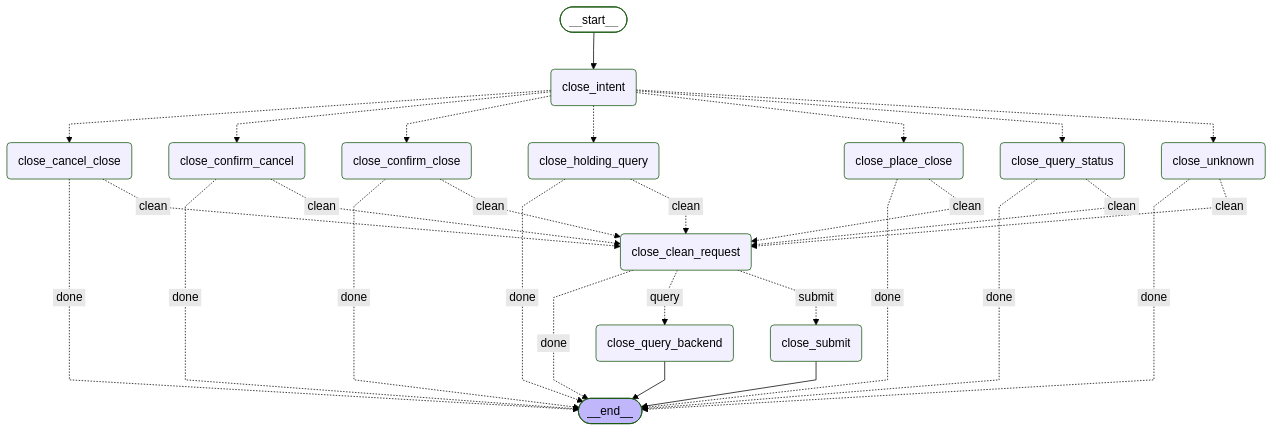
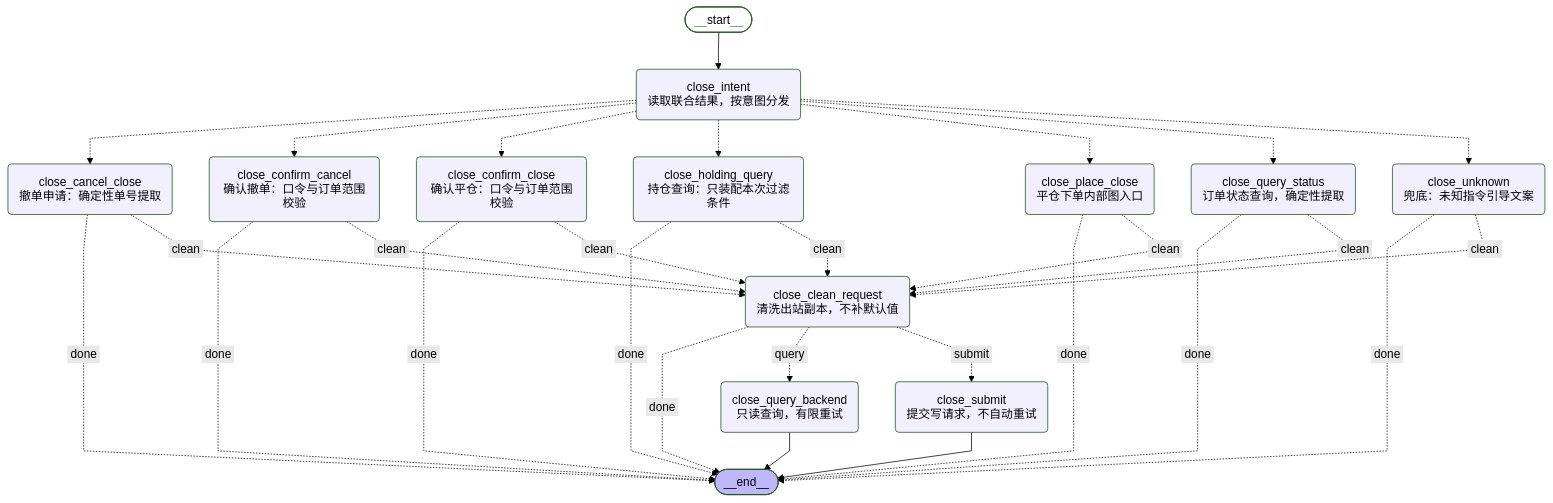
One commit to HXLoong/aigc-langgraph-main changed the diagram in docs/architecture/close-graph-flow.md. Above: the diagram before and after it, drawn with Mermaid (forest theme). The commit also changed 17 other files, not shown here.

````diff
--- a/docs/architecture/close-graph-flow.md
+++ b/docs/architecture/close-graph-flow.md
@@ -7,51 +7,51 @@
 ```mermaid
 ---
 config:
   flowchart:
     curve: linear
 ---
 graph TD;
 	__start__([<p>__start__</p>]):::first
-	close_intent(close_intent)
-	close_holding_query(close_holding_query)
-	close_place_close(close_place_close)
-	close_confirm_close(close_confirm_close)
-	close_cancel_close(close_cancel_close)
-	close_confirm_cancel(close_confirm_cancel)
-	close_query_status(close_query_status)
-	close_unknown(close_unknown)
-	close_clean_request(close_clean_request)
-	close_submit(close_submit)
-	close_query_backend(close_query_backend)
+	close_intent(close_intent<br/>读取联合结果，按意图分发)
+	close_holding_query(close_holding_query<br/>持仓查询：只装配本次过滤条件)
+	close_place_close(close_place_close<br/>平仓下单内部图入口)
+	close_confirm_close(close_confirm_close<br/>确认平仓：口令与订单范围校验)
+	close_cancel_close(close_cancel_close<br/>撤单申请：确定性单号提取)
+	close_confirm_cancel(close_confirm_cancel<br/>确认撤单：口令与订单范围校验)
+	close_query_status(close_query_status<br/>订单状态查询，确定性提取)
+	close_unknown(close_unknown<br/>兜底：未知指令引导文案)
+	close_clean_request(close_clean_request<br/>清洗出站副本，不补默认值)
+	close_submit(close_submit<br/>提交写请求，不自动重试)
+	close_query_backend(close_query_backend<br/>只读查询，有限重试)
 	__end__([<p>__end__</p>]):::last
 	__start__ --> close_intent;
 	close_cancel_close -. &nbsp;done&nbsp; .-> __end__;
 	close_cancel_close -. &nbsp;clean&nbsp; .-> close_clean_request;
 	close_clean_request -. &nbsp;done&nbsp; .-> __end__;
 	close_clean_request -. &nbsp;query&nbsp; .-> close_query_backend;
 	close_clean_request -. &nbsp;submit&nbsp; .-> close_submit;
 	close_confirm_cancel -. &nbsp;done&nbsp; .-> __end__;
 	close_confirm_cancel -. &nbsp;clean&nbsp; .-> close_clean_request;
 	close_confirm_close -. &nbsp;done&nbsp; .-> __end__;
 	close_confirm_close -. &nbsp;clean&nbsp; .-> close_clean_request;
 	close_holding_query -. &nbsp;done&nbsp; .-> __end__;
 	close_holding_query -. &nbsp;clean&nbsp; .-> close_clean_request;
 	close_intent -.-> close_cancel_close;
 	close_intent -.-> close_confirm_cancel;
 	close_intent -.-> close_confirm_close;
 	close_intent -.-> close_holding_query;
 	close_intent -.-> close_place_close;
 	close_intent -.-> close_query_status;
 	close_intent -.-> close_unknown;
 	close_place_close -. &nbsp;done&nbsp; .-> __end__;
 	close_place_close -. &nbsp;clean&nbsp; .-> close_clean_request;
 	close_query_status -. &nbsp;done&nbsp; .-> __end__;
 	close_query_status -. &nbsp;clean&nbsp; .-> close_clean_request;
 	close_unknown -. &nbsp;done&nbsp; .-> __end__;
 	close_unknown -. &nbsp;clean&nbsp; .-> close_clean_request;
 	close_query_backend --> __end__;
 	close_submit --> __end__;
 	classDef default fill:#f2f0ff,line-height:1.2
 	classDef first fill-opacity:0
 	classDef last fill:#bfb6fc
 ```
````
